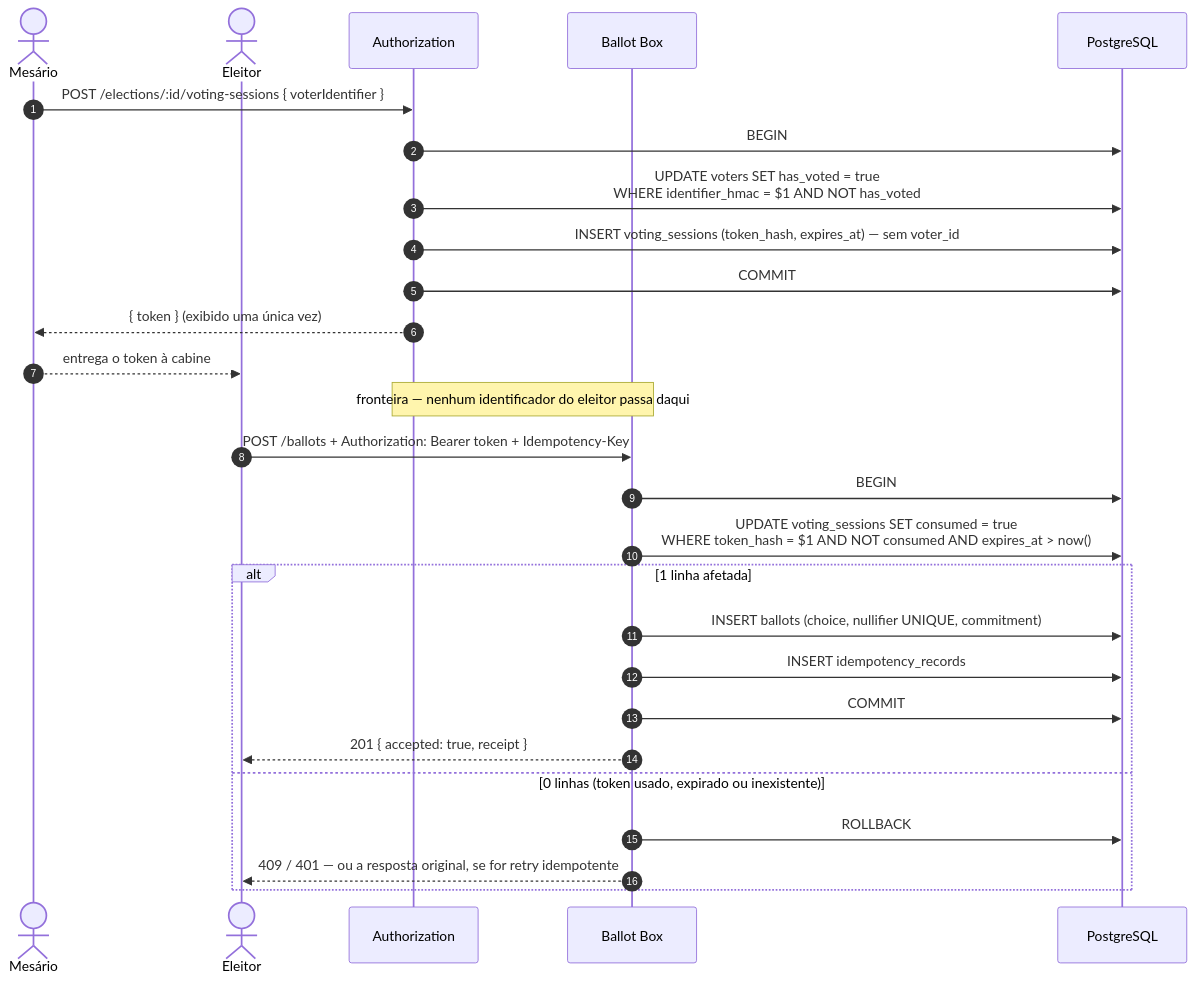
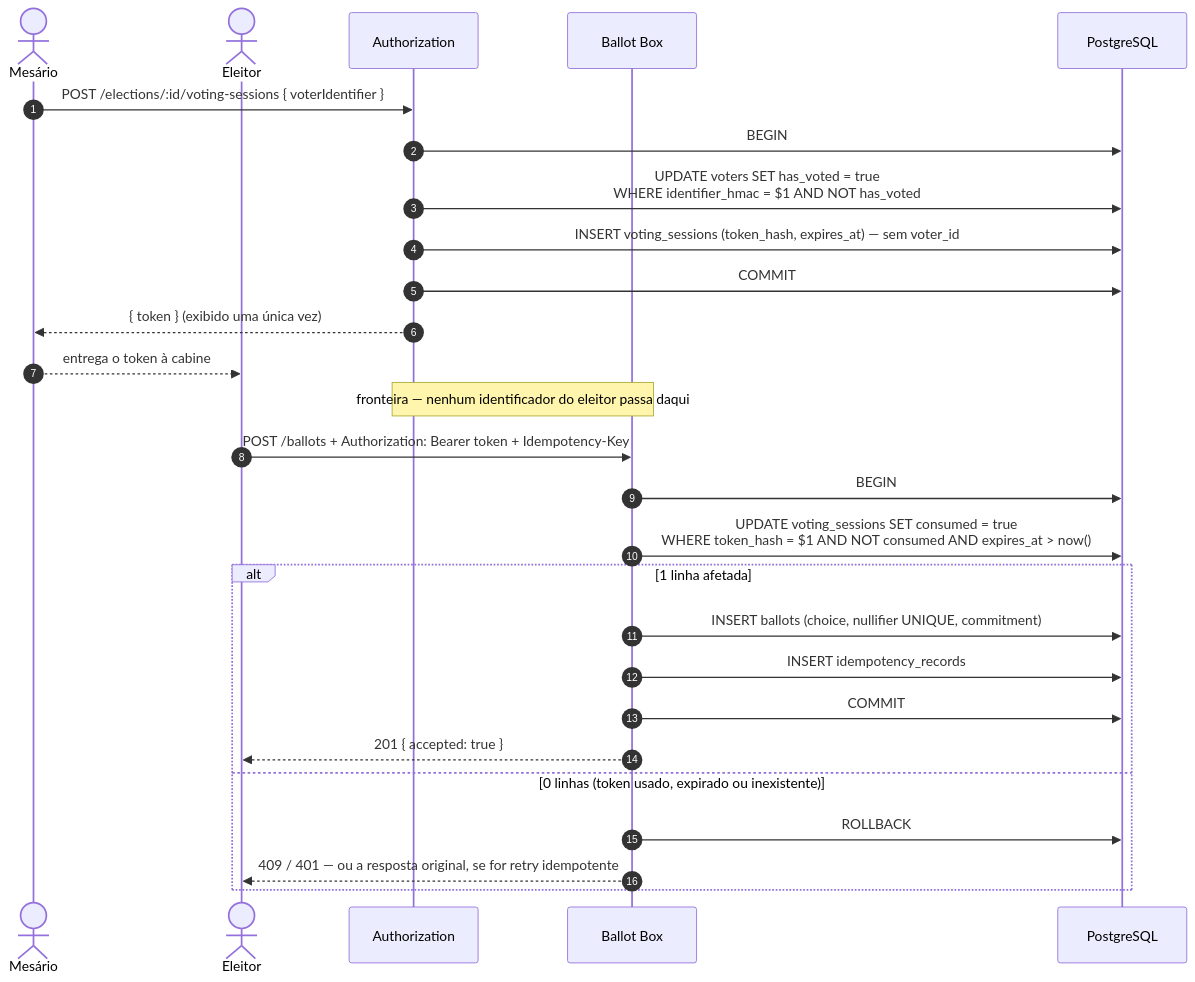
Before and after one commit to Truta446/urna-eletronica-edu: the first of 2 diagrams in README.md, drawn with Mermaid. The commit also changed other lines of this file and 4 other files, not shown here.

````diff
--- a/README.md
+++ b/README.md
@@ -99,32 +99,32 @@
 ```mermaid
 sequenceDiagram
     autonumber
     actor M as Mesário
     actor E as Eleitor
     participant A as Authorization
     participant B as Ballot Box
     participant DB as PostgreSQL
 
     M->>A: POST /elections/:id/voting-sessions { voterIdentifier }
     A->>DB: BEGIN
     A->>DB: UPDATE voters SET has_voted = true<br/>WHERE identifier_hmac = $1 AND NOT has_voted
     A->>DB: INSERT voting_sessions (token_hash, expires_at) — sem voter_id
     A->>DB: COMMIT
     A-->>M: { token } (exibido uma única vez)
     M-->>E: entrega o token à cabine
 
     Note over A,B: fronteira — nenhum identificador do eleitor passa daqui
 
     E->>B: POST /ballots + Authorization: Bearer token + Idempotency-Key
     B->>DB: BEGIN
     B->>DB: UPDATE voting_sessions SET consumed = true<br/>WHERE token_hash = $1 AND NOT consumed AND expires_at > now()
     alt 1 linha afetada
         B->>DB: INSERT ballots (choice, nullifier UNIQUE, commitment)
         B->>DB: INSERT idempotency_records
         B->>DB: COMMIT
-        B-->>E: 201 { accepted: true, receipt }
+        B-->>E: 201 { accepted: true }
     else 0 linhas (token usado, expirado ou inexistente)
         B->>DB: ROLLBACK
         B-->>E: 409 / 401 — ou a resposta original, se for retry idempotente
     end
 ```
````
